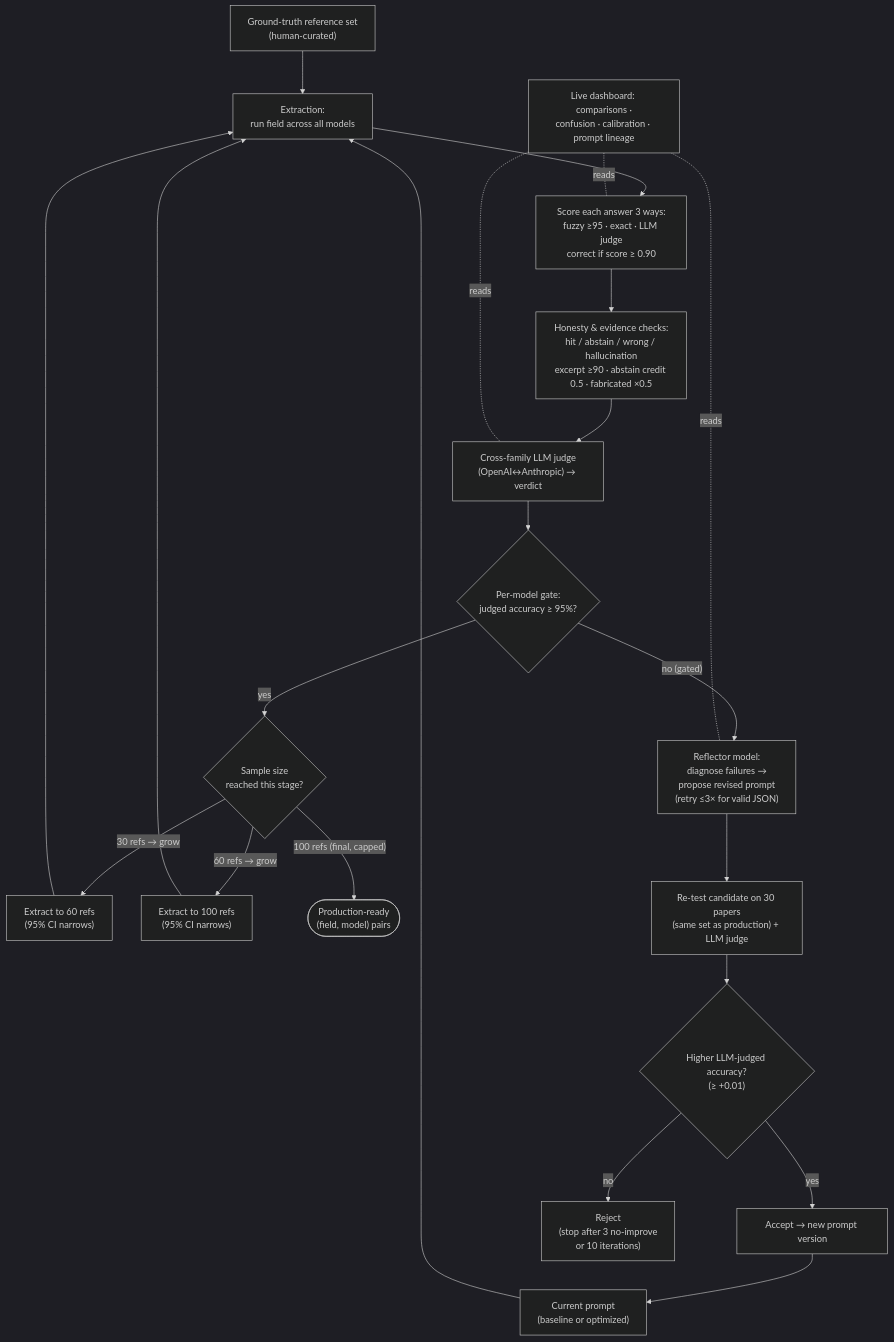
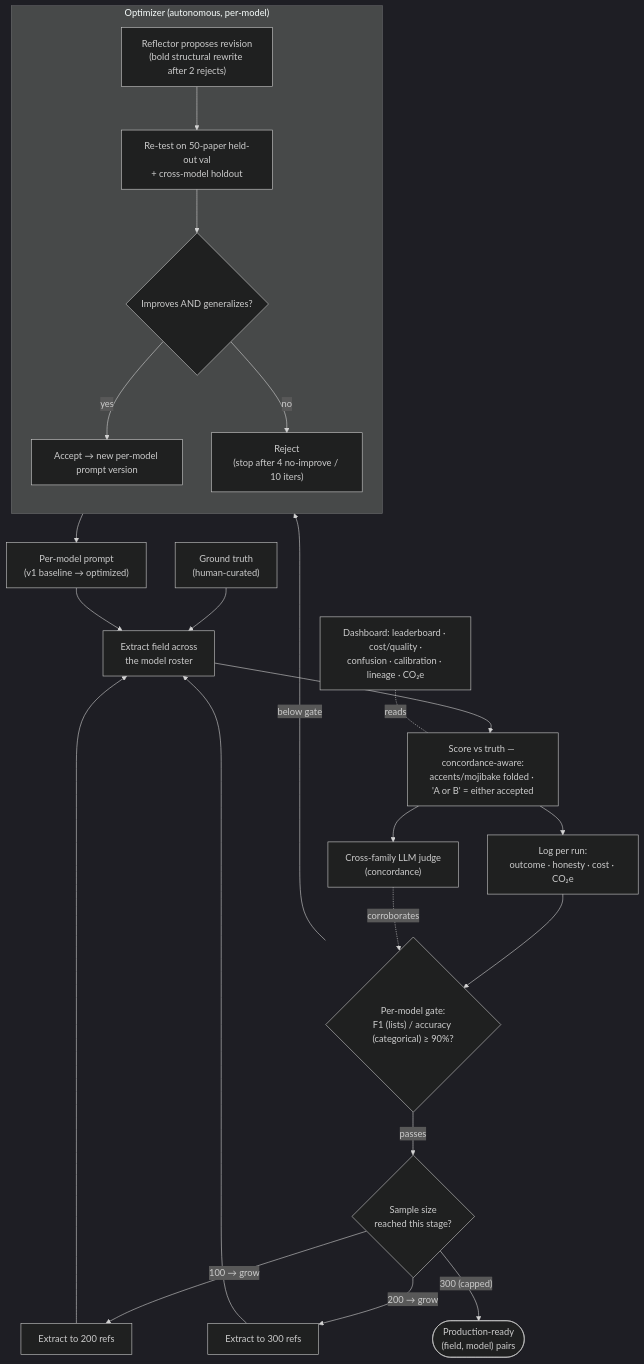
One commit to lsempe77/promptlab changed the first of 2 diagrams in backend/README.md. Above: the diagram before and after it, drawn with Mermaid (dark theme). The commit also changed other lines of this file and 2 other files, not shown here.

````diff
--- a/backend/README.md
+++ b/backend/README.md
@@ -27,24 +28,26 @@
 ```mermaid
 flowchart TD
-    GT["Ground-truth reference set<br/>(human-curated)"] --> EX
-    P["Current prompt<br/>(baseline or optimized)"] --> EX["Extraction:<br/>run field across all models"]
-    EX --> SC["Score each answer 3 ways:<br/>fuzzy ≥95 · exact · LLM judge<br/>correct if score ≥ 0.90"]
-    SC --> HON["Honesty & evidence checks:<br/>hit / abstain / wrong / hallucination<br/>excerpt ≥90 · abstain credit 0.5 · fabricated ×0.5"]
-    HON --> JUDGE["Cross-family LLM judge<br/>(OpenAI↔Anthropic) → verdict"]
-    JUDGE --> GATE{"Per-model gate:<br/>judged accuracy ≥ 95%?"}
-    GATE -- "no (gated)" --> REFLECT["Reflector model:<br/>diagnose failures →<br/>propose revised prompt<br/>(retry ≤3× for valid JSON)"]
-    GATE -- "yes" --> STAGE{"Sample size<br/>reached this stage?"}
-    STAGE -- "30 refs → grow" --> G60["Extract to 60 refs<br/>(95% CI narrows)"]
-    STAGE -- "60 refs → grow" --> G100["Extract to 100 refs<br/>(95% CI narrows)"]
-    STAGE -- "100 refs (final, capped)" --> DONE(["Production-ready<br/>(field, model) pairs"])
-    G60 --> EX
-    G100 --> EX
-    REFLECT --> RETEST["Re-test candidate on 30 papers<br/>(same set as production) + LLM judge"]
-    RETEST --> BETTER{"Higher LLM-judged accuracy?<br/>(≥ +0.01)"}
-    BETTER -- "yes" --> ACCEPT["Accept → new prompt version"]
-    BETTER -- "no" --> REJECT["Reject<br/>(stop after 3 no-improve<br/>or 10 iterations)"]
+    GT["Ground truth<br/>(human-curated)"] --> EX
+    P["Per-model prompt<br/>(v1 baseline → optimized)"] --> EX["Extract field across<br/>the model roster"]
+    EX --> SC["Score vs truth — concordance-aware:<br/>accents/mojibake folded · 'A or B' = either accepted"]
+    SC --> LOG["Log per run:<br/>outcome · honesty · cost · CO₂e"]
+    SC --> JUDGE["Cross-family LLM judge<br/>(concordance)"]
+    LOG --> GATE{"Per-model gate:<br/>F1 (lists) / accuracy (categorical) ≥ 90%?"}
+    JUDGE -. corroborates .-> GATE
+    GATE -- "below gate" --> REFLECT
+    GATE -- "passes" --> STAGE{"Sample size<br/>reached this stage?"}
+    STAGE -- "100 → grow" --> G200["Extract to 200 refs"]
+    STAGE -- "200 → grow" --> G300["Extract to 300 refs"]
+    STAGE -- "300 (capped)" --> DONE(["Production-ready<br/>(field, model) pairs"])
+    G200 --> EX
+    G300 --> EX
+    subgraph OPT["Optimizer (autonomous, per-model)"]
+      direction TB
+      REFLECT["Reflector proposes revision<br/>(bold structural rewrite after 2 rejects)"] --> RETEST["Re-test on 50-paper held-out val<br/>+ cross-model holdout"]
+      RETEST --> ACC{"Improves AND generalizes?"}
+      ACC -- "yes" --> ACCEPT["Accept → new per-model prompt version"]
+      ACC -- "no" --> REJECT["Reject<br/>(stop after 4 no-improve / 10 iters)"]
+    end
     ACCEPT --> P
-    DASH["Live dashboard: comparisons ·<br/>confusion · calibration · prompt lineage"] -.reads.- SC
-    DASH -.reads.- JUDGE
-    DASH -.reads.- REFLECT
+    DASH["Dashboard: leaderboard · cost/quality ·<br/>confusion · calibration · lineage · CO₂e"] -.reads.- SC
 ```
````
